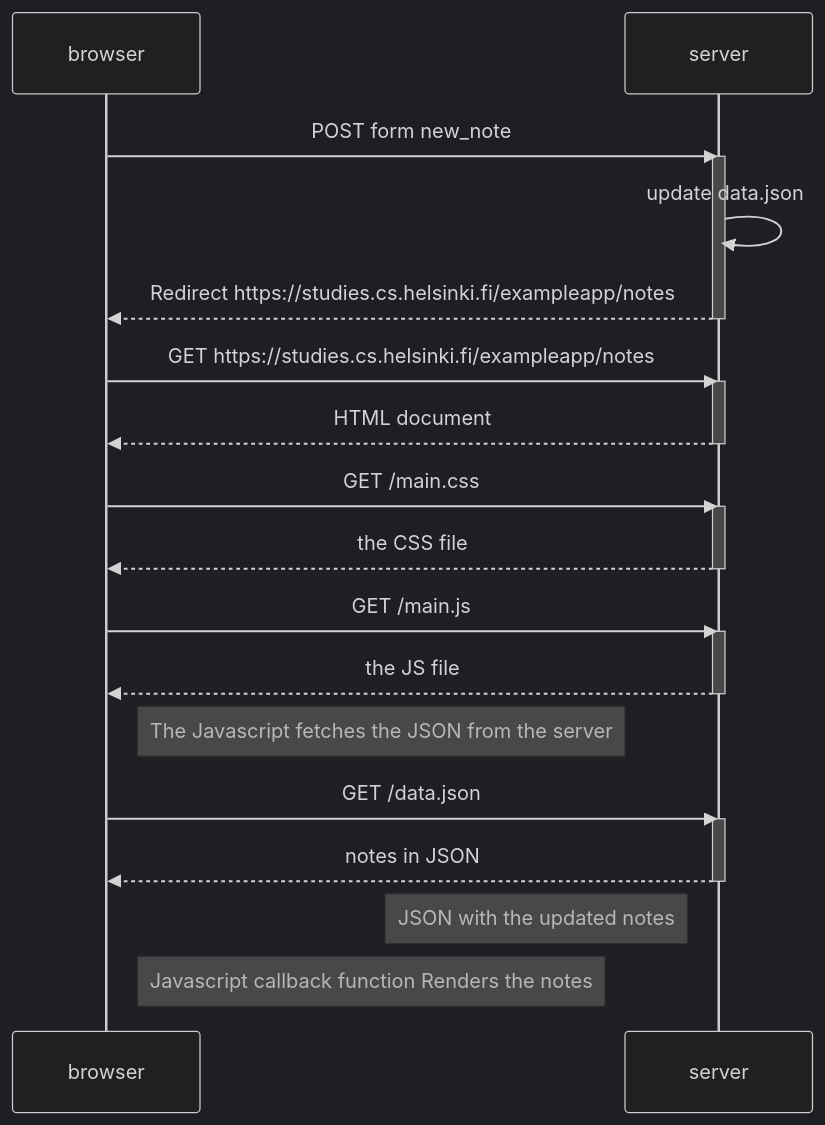
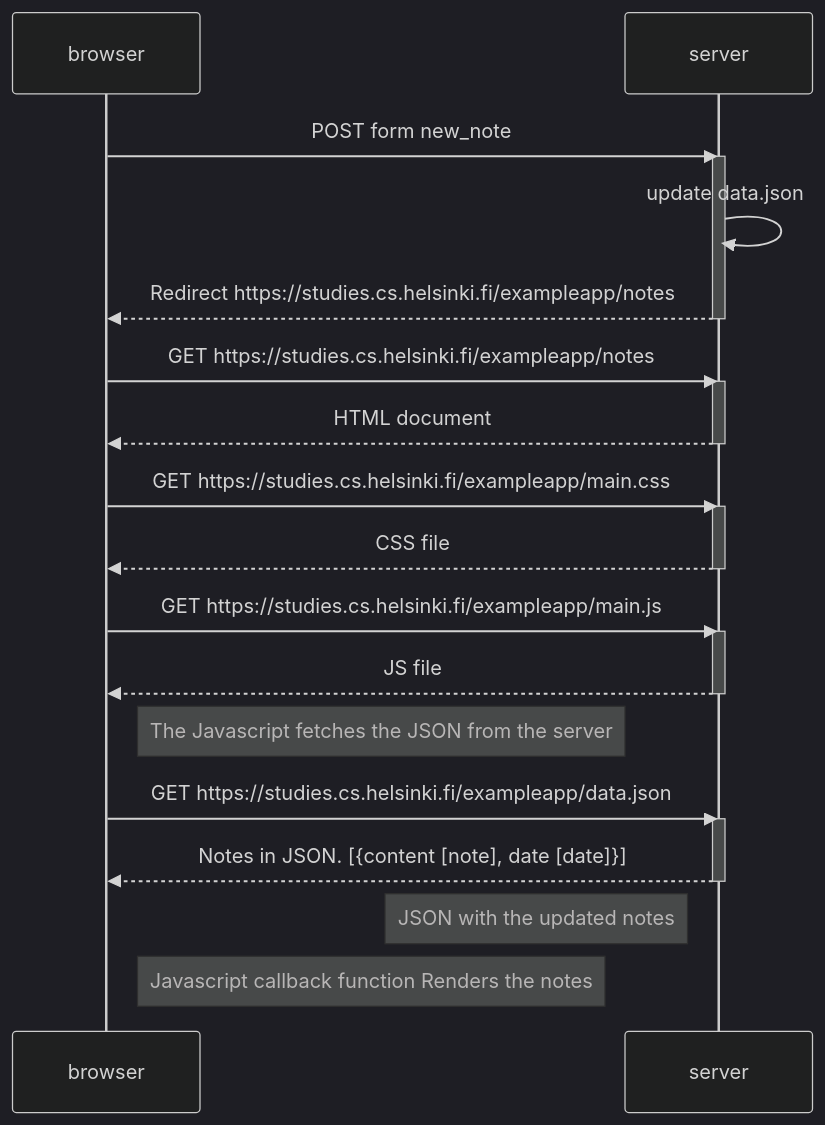
Before and after one commit to Tigger112/FullStackOpen: the diagram in part0/newNoteDiagram.md, drawn with Mermaid (dark theme).

Commit message:
fixed some words and spelling on newNOteDiagram

````diff
--- a/part0/newNoteDiagram.md
+++ b/part0/newNoteDiagram.md
@@ -4,37 +4,37 @@
 ```mermaid
     sequenceDiagram
         participant browser
         participant server
 
 
         browser->>server: POST form new_note 
         activate server
         server->>server: update data.json 
         server-->>browser: Redirect https://studies.cs.helsinki.fi/exampleapp/notes
         deactivate server
 
         browser->>server: GET https://studies.cs.helsinki.fi/exampleapp/notes
         activate server
         server-->>browser: HTML document
         deactivate server
 
-        browser->>server: GET /main.css
+        browser->>server: GET https://studies.cs.helsinki.fi/exampleapp/main.css
         activate server 
-        server-->>browser: the CSS file
+        server-->>browser: CSS file
         deactivate server
 
-        browser->>server: GET /main.js
+        browser->>server: GET https://studies.cs.helsinki.fi/exampleapp/main.js
         activate server 
-        server-->>browser: the JS file
+        server-->>browser: JS file
         deactivate server
 
         Note right of browser: The Javascript fetches the JSON from the server
 
-        browser->>server: GET /data.json
+        browser->>server: GET https://studies.cs.helsinki.fi/exampleapp/data.json
         activate server
-        server-->>browser: notes in JSON 
+        server-->>browser: Notes in JSON. [{content [note], date [date]}] 
         deactivate server
 
         Note left of server: JSON with the updated notes  
         Note right of browser: Javascript callback function Renders the notes   
 ```
````
